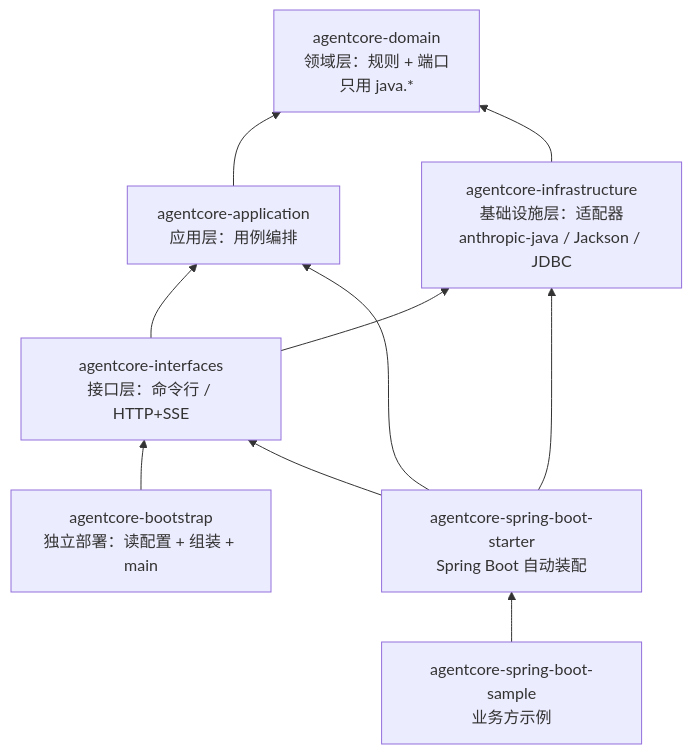
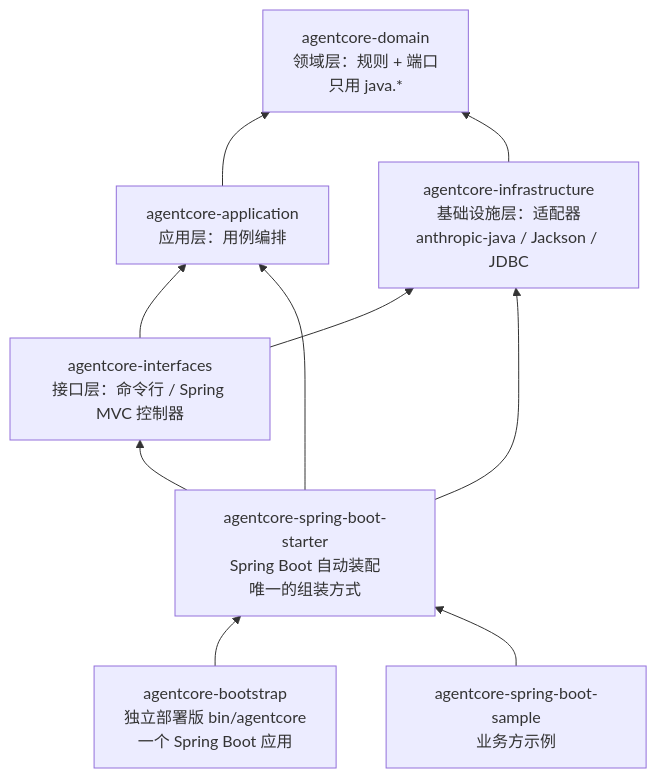
The first of 5 diagrams in docs/01-architecture.md (stackJx/agent-java), drawn with Mermaid before and after one commit. The commit also changed other lines of this file and 40 other files, not shown here.

First line of the commit message:
refactor: 统一为 Spring Boot 装配，Web 接口下沉到接口层

````diff
--- a/docs/01-architecture.md
+++ b/docs/01-architecture.md
@@ -9,20 +9,20 @@
 ```mermaid
 flowchart BT
     domain["agentcore-domain<br/>领域层：规则 + 端口<br/>只用 java.*"]
     application["agentcore-application<br/>应用层：用例编排"]
     infrastructure["agentcore-infrastructure<br/>基础设施层：适配器<br/>anthropic-java / Jackson / JDBC"]
-    interfaces["agentcore-interfaces<br/>接口层：命令行 / HTTP+SSE"]
-    bootstrap["agentcore-bootstrap<br/>独立部署：读配置 + 组装 + main"]
-    starter["agentcore-spring-boot-starter<br/>Spring Boot 自动装配"]
+    interfaces["agentcore-interfaces<br/>接口层：命令行 / Spring MVC 控制器"]
+    starter["agentcore-spring-boot-starter<br/>Spring Boot 自动装配<br/>唯一的组装方式"]
+    bootstrap["agentcore-bootstrap<br/>独立部署版 bin/agentcore<br/>一个 Spring Boot 应用"]
     sample["agentcore-spring-boot-sample<br/>业务方示例"]
 
     application --> domain
     infrastructure --> domain
     interfaces --> application
     interfaces --> infrastructure
-    bootstrap --> interfaces
+    bootstrap --> starter
     starter --> application
     starter --> infrastructure
     starter --> interfaces
     sample --> starter
 ```
````
